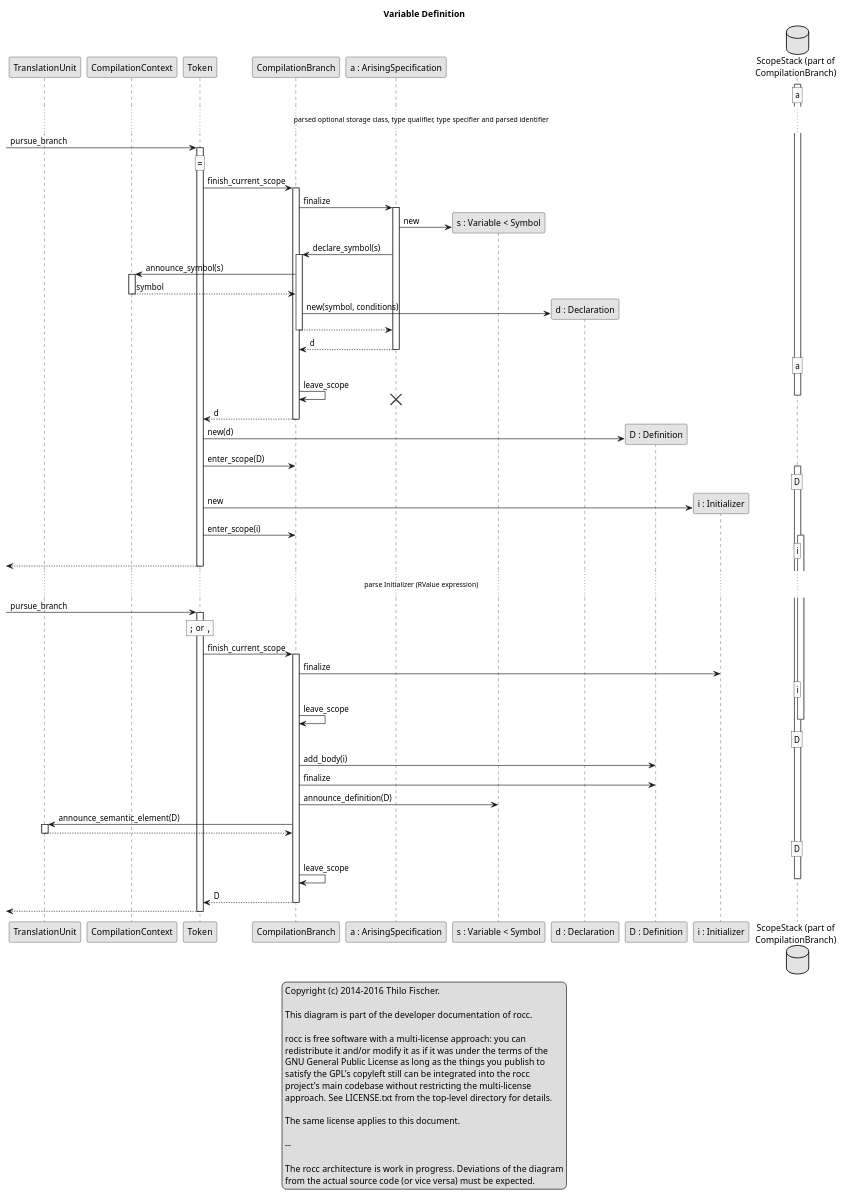
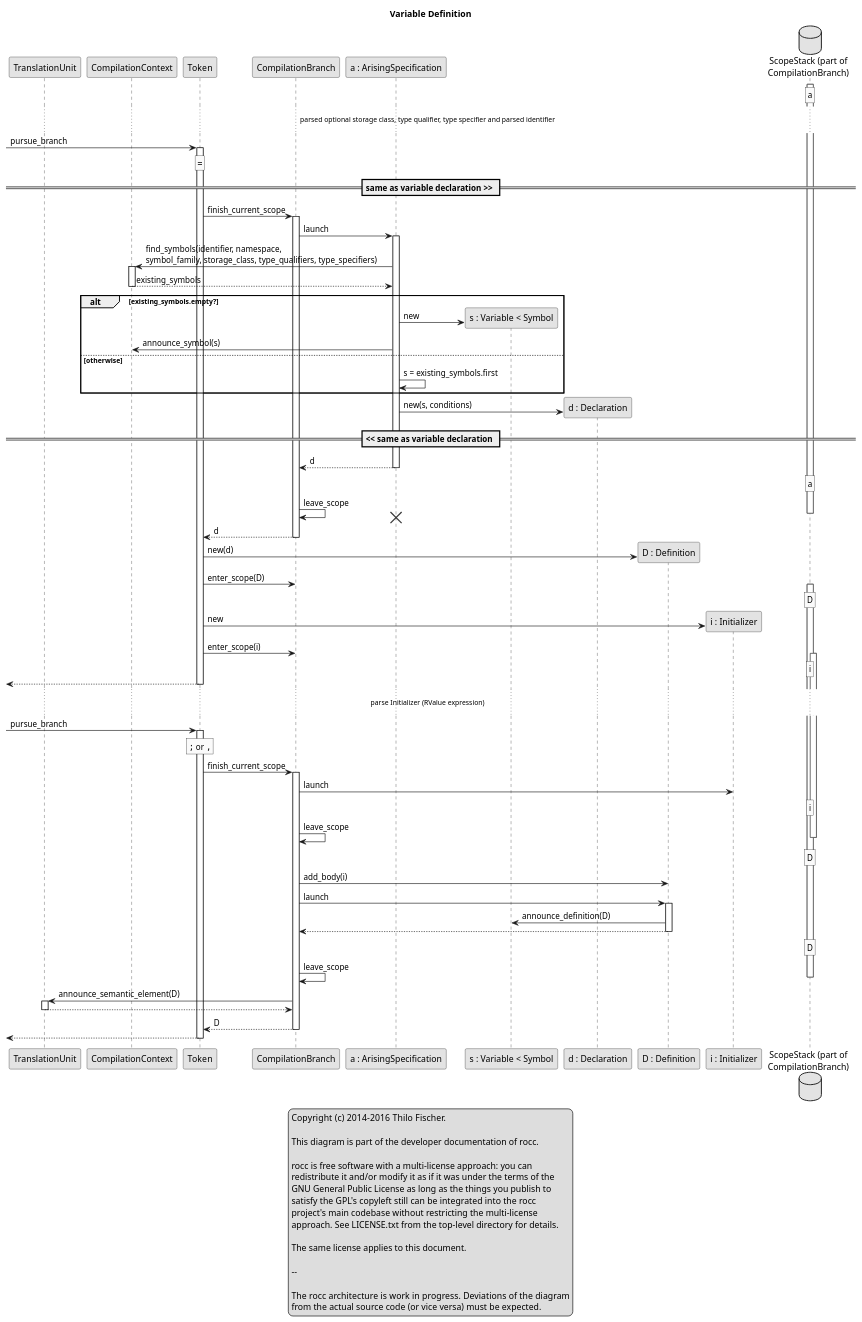
The diagram in design/snippets/symbol-instantiation_variable-definition.puml (thilo-fischer/rocc), drawn with PlantUML before and after one commit. The commit also changed 7 other files, not shown here.

```diff
--- a/design/snippets/symbol-instantiation_variable-definition.puml
+++ b/design/snippets/symbol-instantiation_variable-definition.puml
@@ -1,144 +1,157 @@
 @startuml
 
 legend center
   Copyright (c) 2014-2016  Thilo Fischer.
   
   This diagram is part of the developer documentation of rocc.
  
   rocc is free software with a multi-license approach: you can
   redistribute it and/or modify it as if it was under the terms of the
   GNU General Public License as long as the things you publish to
   satisfy the GPL's copyleft still can be integrated into the rocc
   project's main codebase without restricting the multi-license
   approach. See LICENSE.txt from the top-level directory for details.
  
   The same license applies to this document.
 
   --
 
   The rocc architecture is work in progress.  Deviations of the diagram
   from the actual source code (or vice versa) must be expected.
 endlegend
 
 skinparam monochrome true
 
 title Variable Definition
 
 participant TranslationUnit
 participant CompilationContext
 participant Token
 participant CompilationBranch
 participant "a : ArisingSpecification" as ArisingSpecification
 participant "s : Variable < Symbol" as Symbol
 participant "d : Declaration" as Declaration
 participant "D : Definition" as Definition
 participant "i : Initializer" as Initializer
 database "ScopeStack (part of\nCompilationBranch)" as ScopeStack
 
 activate ScopeStack
 rnote over ScopeStack : a
 
 ... parsed optional storage class, type qualifier, type specifier and parsed identifier ...
 
 [-> Token : pursue_branch
 rnote over Token : ""=""
 
 activate Token
 
+== same as variable declaration >> ==
+
 Token -> CompilationBranch : finish_current_scope
 activate CompilationBranch
 
 'note over ArisingSpecification : CompilationBranch#\ncurrent_scope
-CompilationBranch -> ArisingSpecification : finalize
+CompilationBranch -> ArisingSpecification : launch
 activate ArisingSpecification
 
-create Symbol
-ArisingSpecification -> Symbol : new
-
-ArisingSpecification -> CompilationBranch : declare_symbol(s)
-activate CompilationBranch
-
-CompilationBranch -> CompilationContext : announce_symbol(s)
+ArisingSpecification -> CompilationContext : find_symbols(identifier, namespace,\nsymbol_family, storage_class, type_qualifiers, type_specifiers)
 activate CompilationContext
-CompilationBranch <-- CompilationContext : symbol
+ArisingSpecification <-- CompilationContext : existing_symbols
 deactivate CompilationContext
 
+alt existing_symbols.empty?
+
+  create Symbol
+  ArisingSpecification -> Symbol : new
+
+  ArisingSpecification -> CompilationContext : announce_symbol(s)
+  'activate CompilationContext
+  'CompilationBranch <-- CompilationContext : symbol
+  'deactivate CompilationContext
+
+else otherwise
+
+  ArisingSpecification -> ArisingSpecification : s = existing_symbols.first
+  
+end ' alt existing_symbols.empty?
+
 create Declaration
-CompilationBranch -> Declaration : new(symbol, conditions)
+ArisingSpecification -> Declaration : new(s, conditions)
 
-ArisingSpecification <-- CompilationBranch
-deactivate CompilationBranch
+== << same as variable declaration ==
 
 CompilationBranch <-- ArisingSpecification : d
 deactivate ArisingSpecification
 
 rnote over ScopeStack : a
 CompilationBranch -> CompilationBranch : leave_scope
 deactivate ScopeStack
 destroy ArisingSpecification
+
 
 Token <-- CompilationBranch : d
 deactivate CompilationBranch
 
 create Definition
 Token -> Definition : new(d)
 Token -> CompilationBranch : enter_scope(D)
 activate ScopeStack
 rnote over ScopeStack : D
 'note over Definition : CompilationBranch#\ncurrent_scope
 
 create Initializer
 Token -> Initializer : new
 Token -> CompilationBranch : enter_scope(i)
 activate ScopeStack
 rnote over ScopeStack : i
 'note over Initializer : CompilationBranch#\ncurrent_scope
 
 [<-- Token
 deactivate Token
 
 ... parse Initializer (RValue expression) ...
 
 [-> Token : pursue_branch
 rnote over Token : "";"" or "",""
 
 activate Token
 
 Token -> CompilationBranch : finish_current_scope
 activate CompilationBranch
 
 'note over Initializer : CompilationBranch#\ncurrent_scope
-CompilationBranch -> Initializer : finalize
+CompilationBranch -> Initializer : launch
 
 rnote over ScopeStack : i
 CompilationBranch -> CompilationBranch : leave_scope
 deactivate ScopeStack
 rnote over ScopeStack : D
 
 'note over Definition : CompilationBranch#\ncurrent_scope
 
 CompilationBranch -> Definition : add_body(i)
 
-CompilationBranch -> Definition : finalize
+CompilationBranch -> Definition : launch
+activate Definition
 
-CompilationBranch -> Symbol : announce_definition(D)
-'activate Symbol
-'CompilationBranch <-- Symbol
-'deactivate Symbol
+Definition -> Symbol : announce_definition(D)
+
+CompilationBranch <-- Definition
+deactivate Definition
+
+rnote over ScopeStack : D
+CompilationBranch -> CompilationBranch : leave_scope
+deactivate ScopeStack
 
 CompilationBranch -> TranslationUnit : announce_semantic_element(D)
 activate TranslationUnit
 CompilationBranch <-- TranslationUnit
 deactivate TranslationUnit
-
-rnote over ScopeStack : D
-CompilationBranch -> CompilationBranch : leave_scope
-deactivate ScopeStack
 
 Token <-- CompilationBranch : D
 deactivate CompilationBranch
 
 [<-- Token
 deactivate Token
 
 @enduml
```
